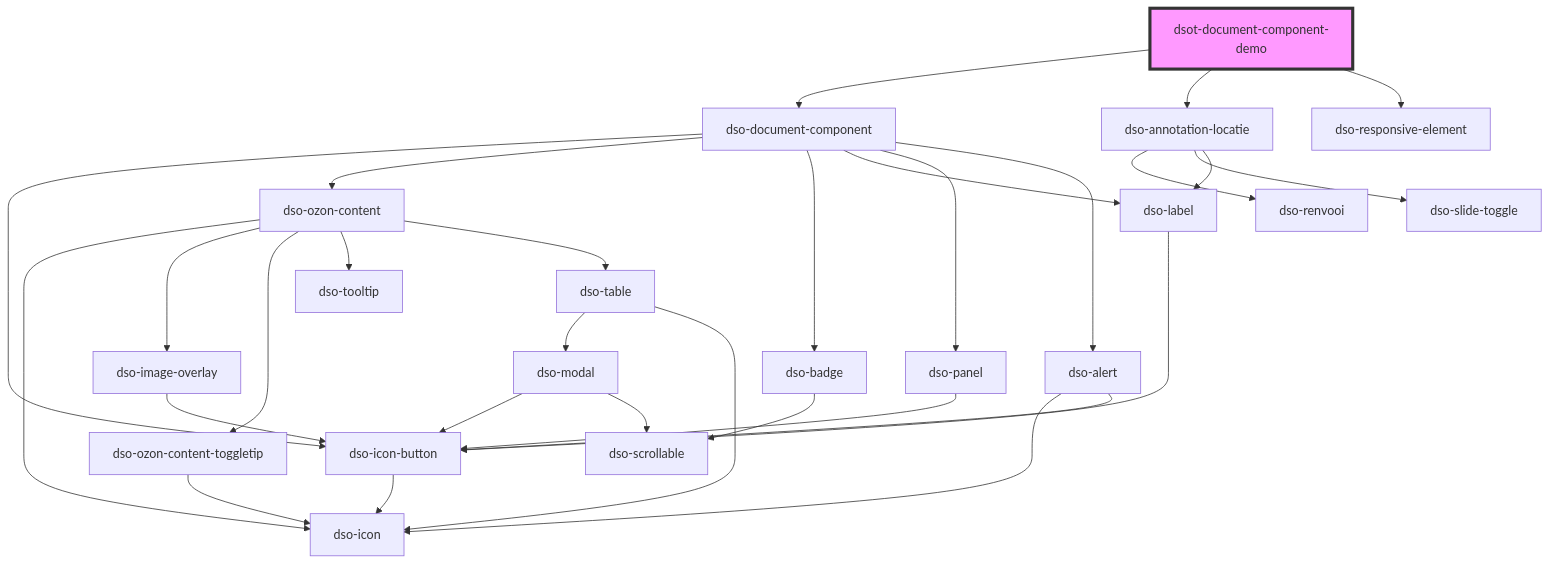
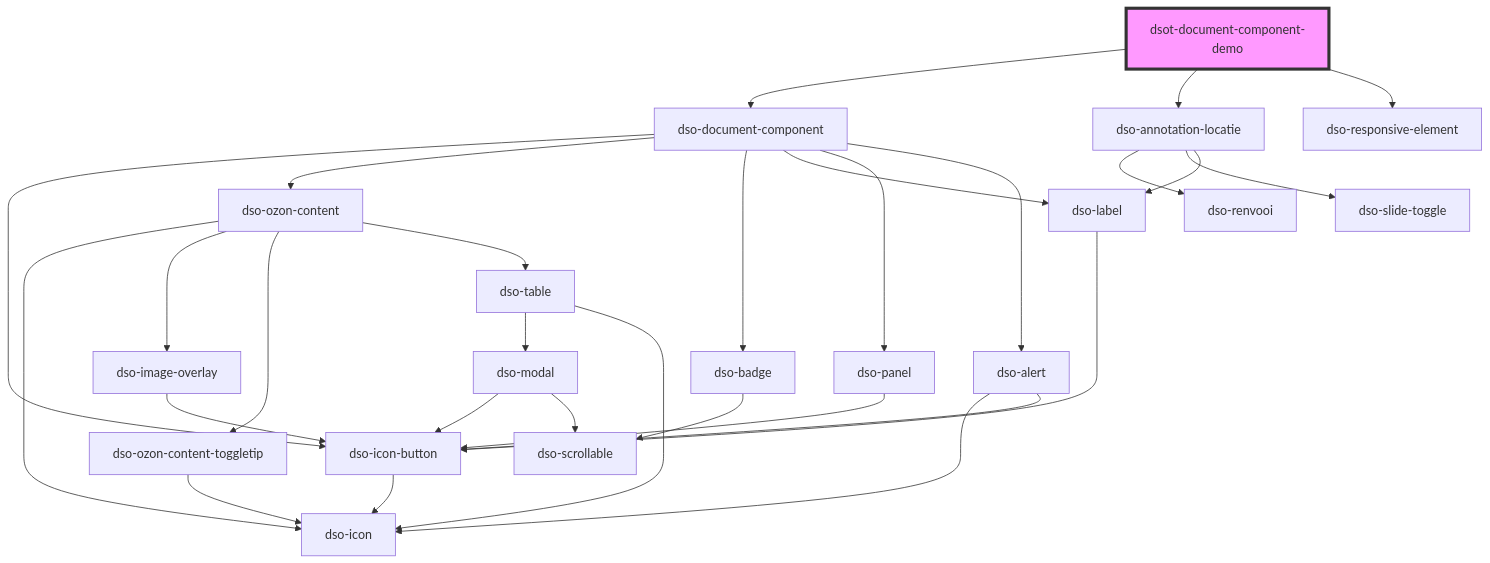
Before and after one commit to dso-toolkit/dso-toolkit: the diagram in packages/core/src/components/document-component-demo/readme.md, drawn with Mermaid. The commit also changed 12 other files, not shown here.

````diff
--- a/packages/core/src/components/document-component-demo/readme.md
+++ b/packages/core/src/components/document-component-demo/readme.md
@@ -38,33 +38,32 @@
 ```mermaid
 graph TD;
   dsot-document-component-demo --> dso-document-component
   dsot-document-component-demo --> dso-annotation-locatie
   dsot-document-component-demo --> dso-responsive-element
   dso-document-component --> dso-icon-button
   dso-document-component --> dso-ozon-content
   dso-document-component --> dso-badge
   dso-document-component --> dso-label
   dso-document-component --> dso-panel
   dso-document-component --> dso-alert
   dso-icon-button --> dso-icon
   dso-ozon-content --> dso-icon
   dso-ozon-content --> dso-image-overlay
   dso-ozon-content --> dso-ozon-content-toggletip
-  dso-ozon-content --> dso-tooltip
   dso-ozon-content --> dso-table
   dso-image-overlay --> dso-icon-button
   dso-ozon-content-toggletip --> dso-icon
   dso-table --> dso-modal
   dso-table --> dso-icon
   dso-modal --> dso-icon-button
   dso-modal --> dso-scrollable
   dso-badge --> dso-scrollable
   dso-label --> dso-icon-button
   dso-panel --> dso-icon-button
   dso-alert --> dso-icon
   dso-alert --> dso-icon-button
   dso-annotation-locatie --> dso-renvooi
   dso-annotation-locatie --> dso-slide-toggle
   dso-annotation-locatie --> dso-label
   style dsot-document-component-demo fill:#f9f,stroke:#333,stroke-width:4px
 ```
````
